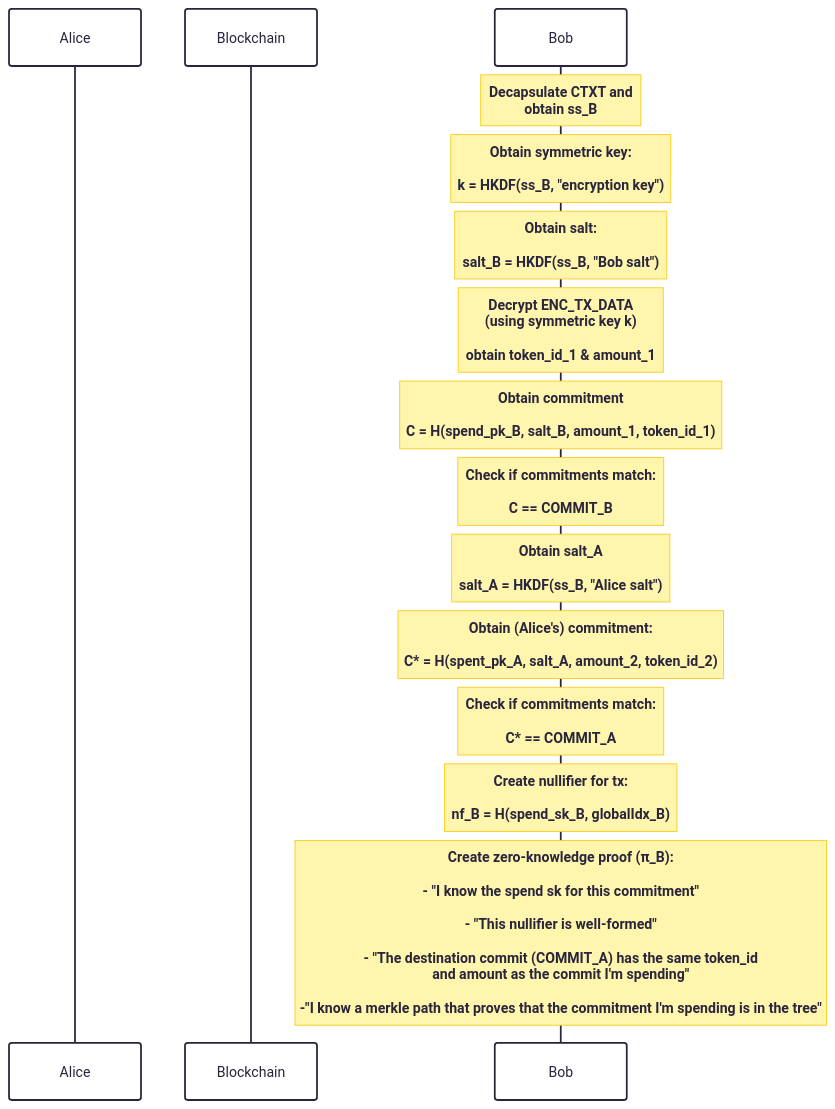
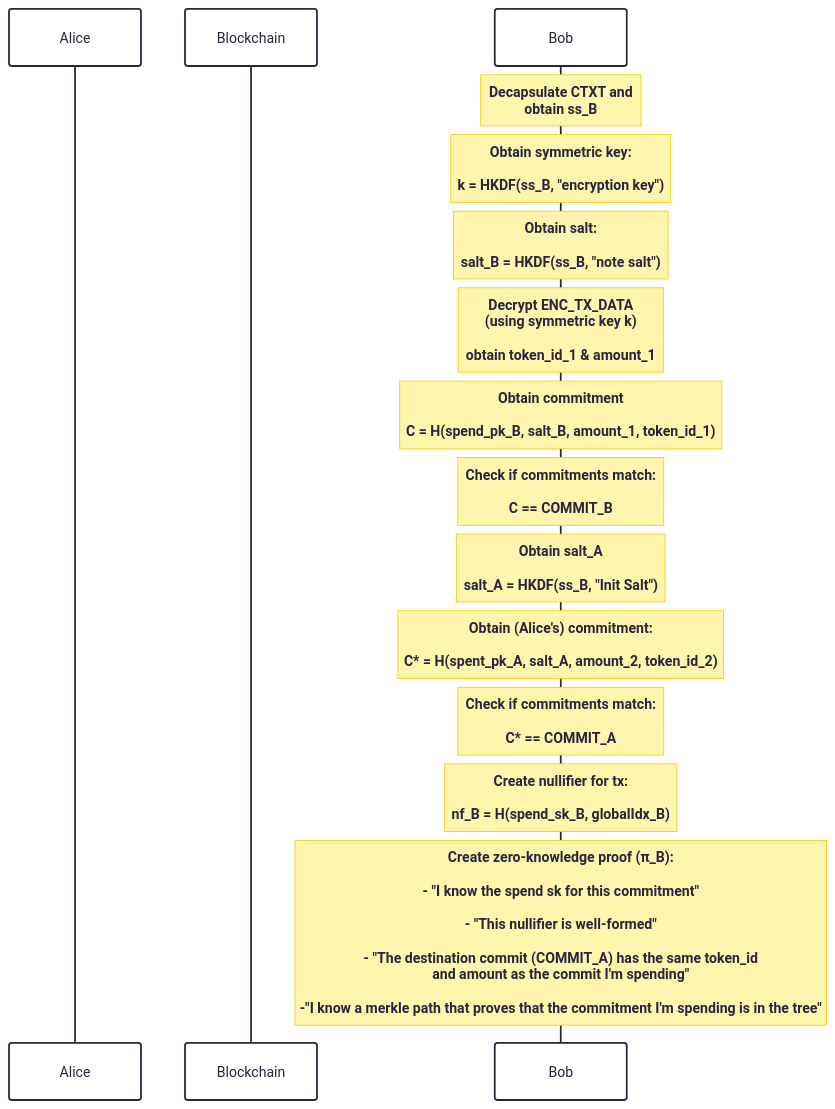
Before and after one commit to raylsnetwork/Enygma: the fifth of 7 diagrams in enygma_dvp/protocol_description.md, drawn with Mermaid. The commit also changed other lines of this file and 23 other files, not shown here.

````diff
--- a/enygma_dvp/protocol_description.md
+++ b/enygma_dvp/protocol_description.md
@@ -189,38 +189,38 @@
 ```mermaid
 ---
 config:
   theme: redux
   look: handDrawn
 ---
 sequenceDiagram
     autonumber
 
     participant Alice
     participant Chain as Blockchain
     participant Bob
 
     note over Bob: Decapsulate CTXT and<br>obtain ss_B
 
 
     note over Bob: Obtain symmetric key:<br><br> k = HKDF(ss_B, "encryption key")
 
-    note over Bob: Obtain salt:<br><br> salt_B = HKDF(ss_B, "Bob salt")
+    note over Bob: Obtain salt:<br><br> salt_B = HKDF(ss_B, "note salt")
 
 
     note over Bob: Decrypt ENC_TX_DATA<br>(using symmetric key k)<br><br>obtain token_id_1 & amount_1
 
     note over Bob: Obtain commitment<br><br>C = H(spend_pk_B, salt_B, amount_1, token_id_1)
     note over Bob: Check if commitments match: <br><br>C == COMMIT_B
 
-    note over Bob: Obtain salt_A<br><br>salt_A = HKDF(ss_B, "Alice salt")
+    note over Bob: Obtain salt_A<br><br>salt_A = HKDF(ss_B, "Init Salt")
 
     note over Bob: Obtain (Alice's) commitment:<br><br>C* = H(spent_pk_A, salt_A, amount_2, token_id_2)
 
     note over Bob: Check if commitments match:<br><br>C* == COMMIT_A
 
     note over Bob: Create nullifier for tx: <br><br>nf_B = H(spend_sk_B, globalIdx_B)
 
     note over Bob: Create zero-knowledge proof (π_B):<br><br> - "I know the spend sk for this commitment"<br><br> - "This nullifier is well-formed"<br><br>- "The destination commit (COMMIT_A) has the same token_id<br>and amount as the commit I'm spending"<br><br>-"I know a merkle path that proves that the commitment I'm spending is in the tree"
 
 
 ```
````
